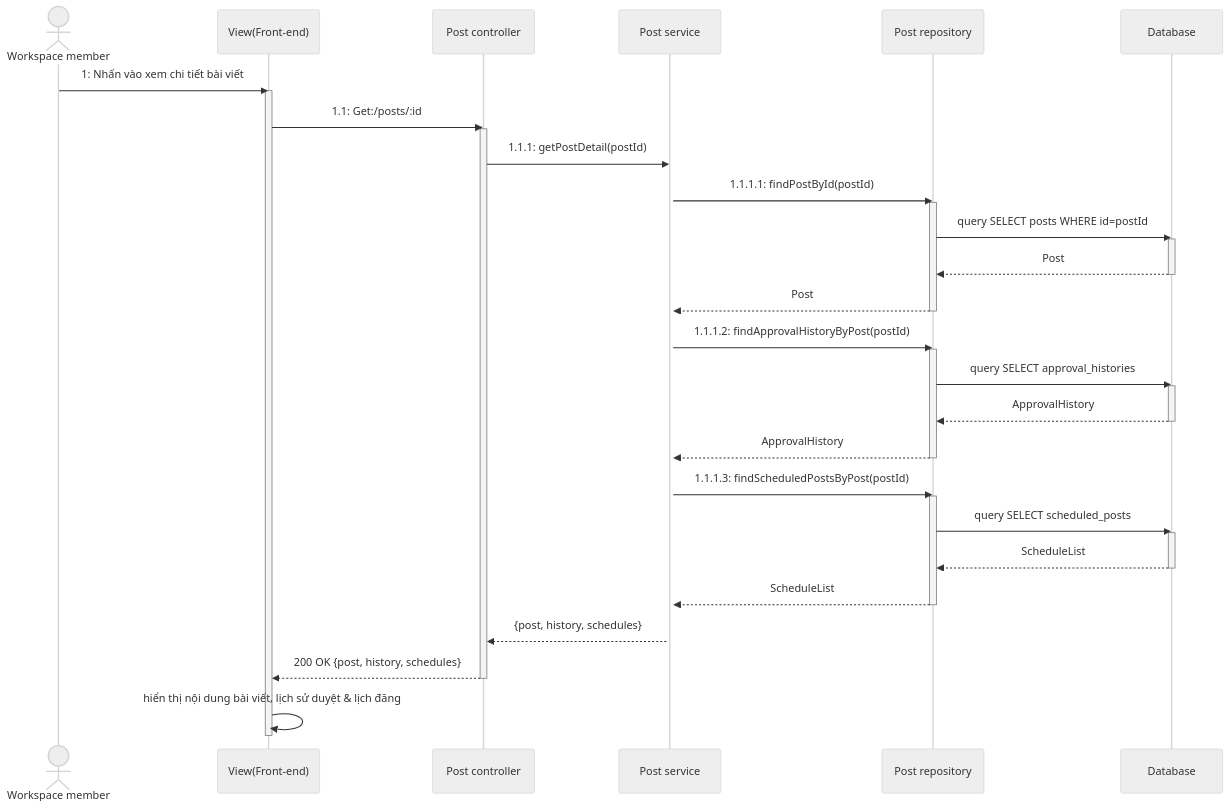
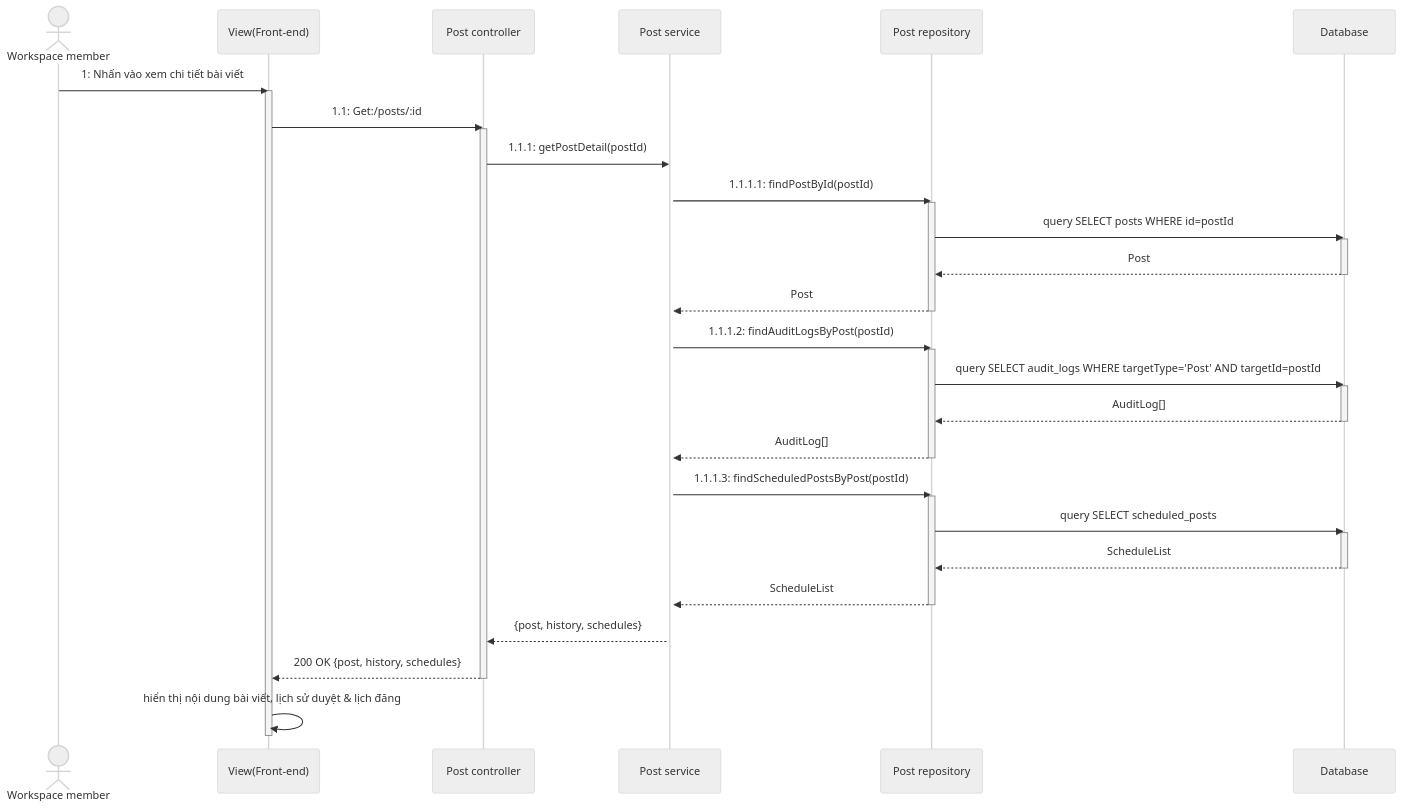
Before and after one commit to Pham-Hong-Ky/marka-capstone: diagram 19 of 44 in docs/function_layer_mapping.md, drawn with Mermaid (neutral theme). The commit also changed other lines of this file and 47 other files, not shown here.

First line of the commit message:
docs: refresh architecture, API and database specs with UML diagrams

````diff
--- a/docs/function_layer_mapping.md
+++ b/docs/function_layer_mapping.md
@@ -1145,49 +1073,49 @@
 ```mermaid
 sequenceDiagram
     actor User as Workspace member
     participant View as View(Front-end)
     participant Controller as Post controller
     participant Service as Post service
     participant Repository as Post repository
     participant DB as Database
 
     User->>View: 1: Nhấn vào xem chi tiết bài viết
     activate View
     View->>Controller: 1.1: Get:/posts/:id
     activate Controller
     Controller->>Service: 1.1.1: getPostDetail(postId)
     activate Service
 
     Service->>Repository: 1.1.1.1: findPostById(postId)
     activate Repository
     Repository->>DB: query SELECT posts WHERE id=postId
     activate DB
     DB-->>Repository: Post
     deactivate DB
     Repository-->>Service: Post
     deactivate Repository
 
-    Service->>Repository: 1.1.1.2: findApprovalHistoryByPost(postId)
+    Service->>Repository: 1.1.1.2: findAuditLogsByPost(postId)
     activate Repository
-    Repository->>DB: query SELECT approval_histories
+    Repository->>DB: query SELECT audit_logs WHERE targetType='Post' AND targetId=postId
     activate DB
-    DB-->>Repository: ApprovalHistory
+    DB-->>Repository: AuditLog[]
     deactivate DB
-    Repository-->>Service: ApprovalHistory
+    Repository-->>Service: AuditLog[]
     deactivate Repository
 
     Service->>Repository: 1.1.1.3: findScheduledPostsByPost(postId)
     activate Repository
     Repository->>DB: query SELECT scheduled_posts
     activate DB
     DB-->>Repository: ScheduleList
     deactivate DB
     Repository-->>Service: ScheduleList
     deactivate Repository
 
     Service-->>Controller: {post, history, schedules}
     Controller-->>View: 200 OK {post, history, schedules}
     deactivate Controller
     View->>View: hiển thị nội dung bài viết, lịch sử duyệt & lịch đăng
     deactivate View
 ```
````
